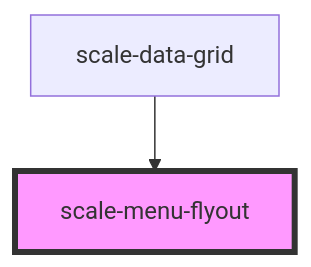
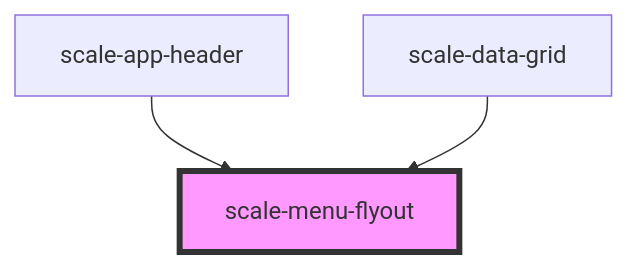
One commit to telekom/scale changed the diagram in packages/components/src/components/menu-flyout/readme.md. Above: the diagram before and after it, drawn with Mermaid. The commit also changed other lines of this file and 32 other files, not shown here.

Commit message:
feat(header): user menu

````diff
--- a/packages/components/src/components/menu-flyout/readme.md
+++ b/packages/components/src/components/menu-flyout/readme.md
@@ -31,5 +32,6 @@
 ```mermaid
 graph TD;
+  scale-app-header --> scale-menu-flyout
   scale-data-grid --> scale-menu-flyout
   style scale-menu-flyout fill:#f9f,stroke:#333,stroke-width:4px
 ```
````
